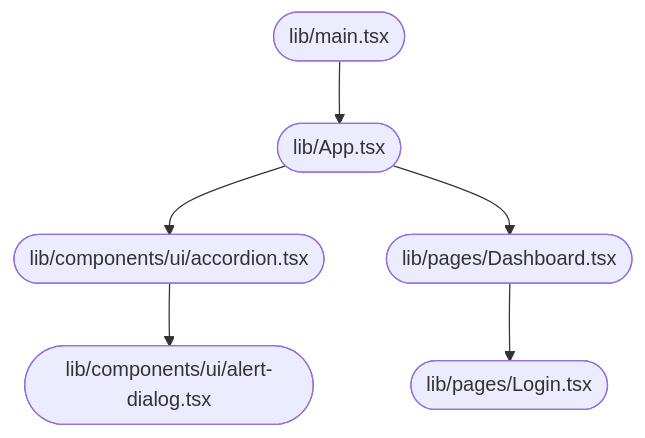
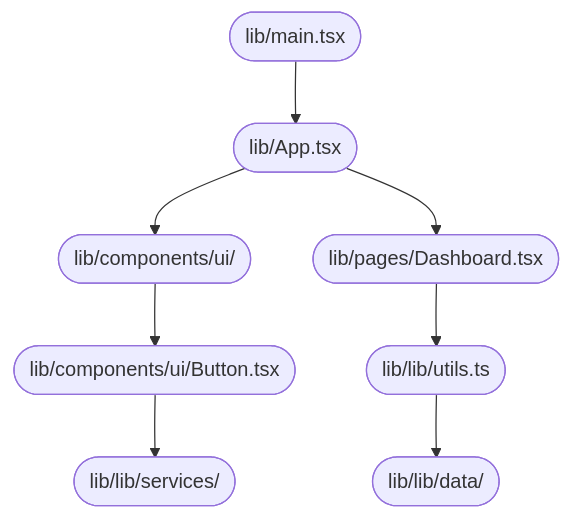
The diagram in DOCUMENTATION.md (jahnavi783/tasty-web-portal), drawn with Mermaid before and after one commit. The commit also changed other lines of this file, not shown here.

````diff
--- a/DOCUMENTATION.md
+++ b/DOCUMENTATION.md
@@ -37,8 +38,10 @@
 ```mermaid
 flowchart TD
-    A([lib/main.tsx]) --> B([lib/App.tsx])
-    B --> C([lib/components/ui/accordion.tsx])
-    B --> D([lib/pages/Dashboard.tsx])
-    C --> E([lib/components/ui/alert-dialog.tsx])
-    D --> F([lib/pages/Login.tsx])
+A([lib/main.tsx]) --> B([lib/App.tsx])
+B --> C([lib/components/ui/])
+B --> D([lib/pages/Dashboard.tsx])
+C --> E([lib/components/ui/Button.tsx])
+D --> F([lib/lib/utils.ts])
+E --> G([lib/lib/services/])
+F --> H([lib/lib/data/])
 ```
````
